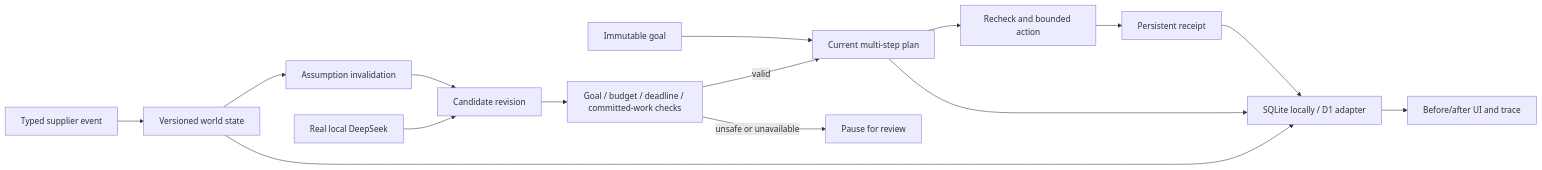
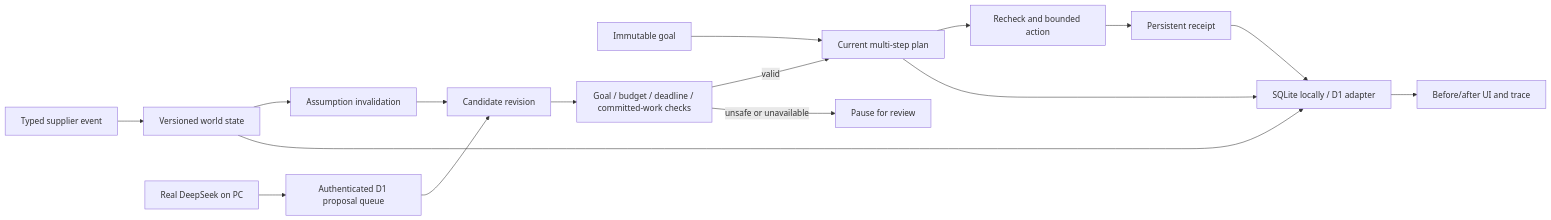
Before and after one commit to m7mdd77/pivot-adaptive-agent: the diagram in docs/architecture.md, drawn with Mermaid. The commit also changed other lines of this file and 36 other files, not shown here.

Commit message:
Connect public DeepSeek planning through authenticated PC worker

````diff
--- a/docs/architecture.md
+++ b/docs/architecture.md
@@ -3,17 +3,18 @@
 ```mermaid
 flowchart LR
  G[Immutable goal] --> P[Current multi-step plan]
  P --> A[Recheck and bounded action]
  A --> R[Persistent receipt]
  E[Typed supplier event] --> W[Versioned world state]
  W --> I[Assumption invalidation]
  I --> C[Candidate revision]
  C --> V[Goal / budget / deadline / committed-work checks]
  V -->|valid| P
  V -->|unsafe or unavailable| H[Pause for review]
- D[Real local DeepSeek] --> C
+ D[Real DeepSeek on PC] --> Q[Authenticated D1 proposal queue]
+ Q --> C
  R --> S[SQLite locally / D1 adapter]
  W --> S
  P --> S
  S --> U[Before/after UI and trace]
 ```
````
